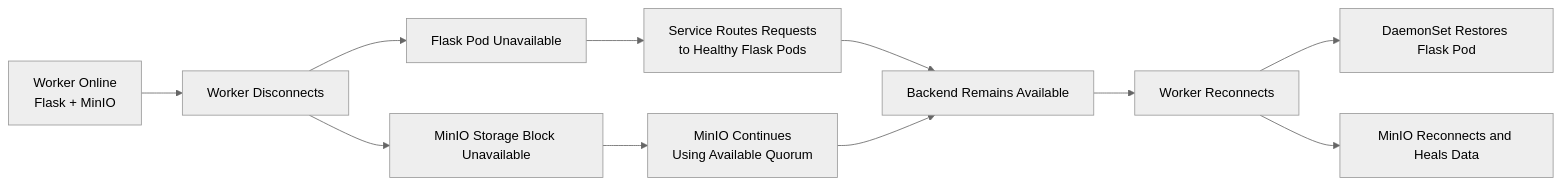
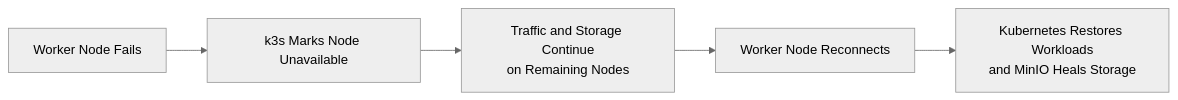
One commit to azazmuzaffar/Newlauncher-5.0 changed the seventh of 8 diagrams in task7-backend-documentation.md. Above: the diagram before and after it, drawn with Mermaid (neutral theme).

````diff
--- a/task7-backend-documentation.md
+++ b/task7-backend-documentation.md
@@ -554,17 +554,7 @@
 ```mermaid
 flowchart LR
-    A["Worker Online<br/>Flask + MinIO"] --> B["Worker Disconnects"]
-
-    B --> C["Flask Pod Unavailable"]
-    B --> D["MinIO Storage Block Unavailable"]
-
-    C --> E["Service Routes Requests<br/>to Healthy Flask Pods"]
-    D --> F["MinIO Continues<br/>Using Available Quorum"]
-
-    E --> G["Backend Remains Available"]
-    F --> G
-
-    G --> H["Worker Reconnects"]
-    H --> I["DaemonSet Restores Flask Pod"]
-    H --> J["MinIO Reconnects and Heals Data"]
+    A["Worker Node Fails"] --> B["k3s Marks Node Unavailable"]
+    B --> C["Traffic and Storage Continue<br/>on Remaining Nodes"]
+    C --> D["Worker Node Reconnects"]
+    D --> E["Kubernetes Restores Workloads<br/>and MinIO Heals Storage"]
 ```
````
